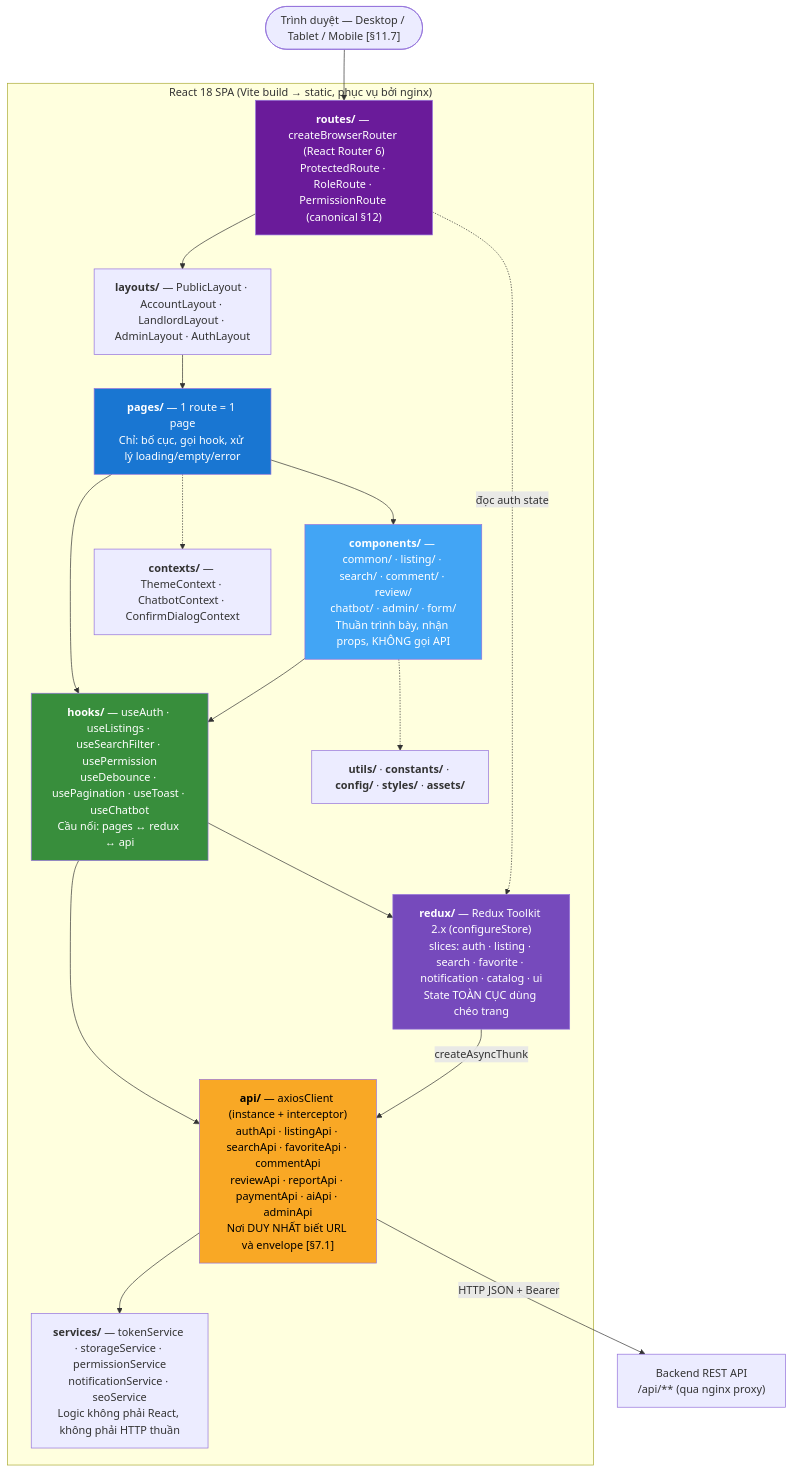
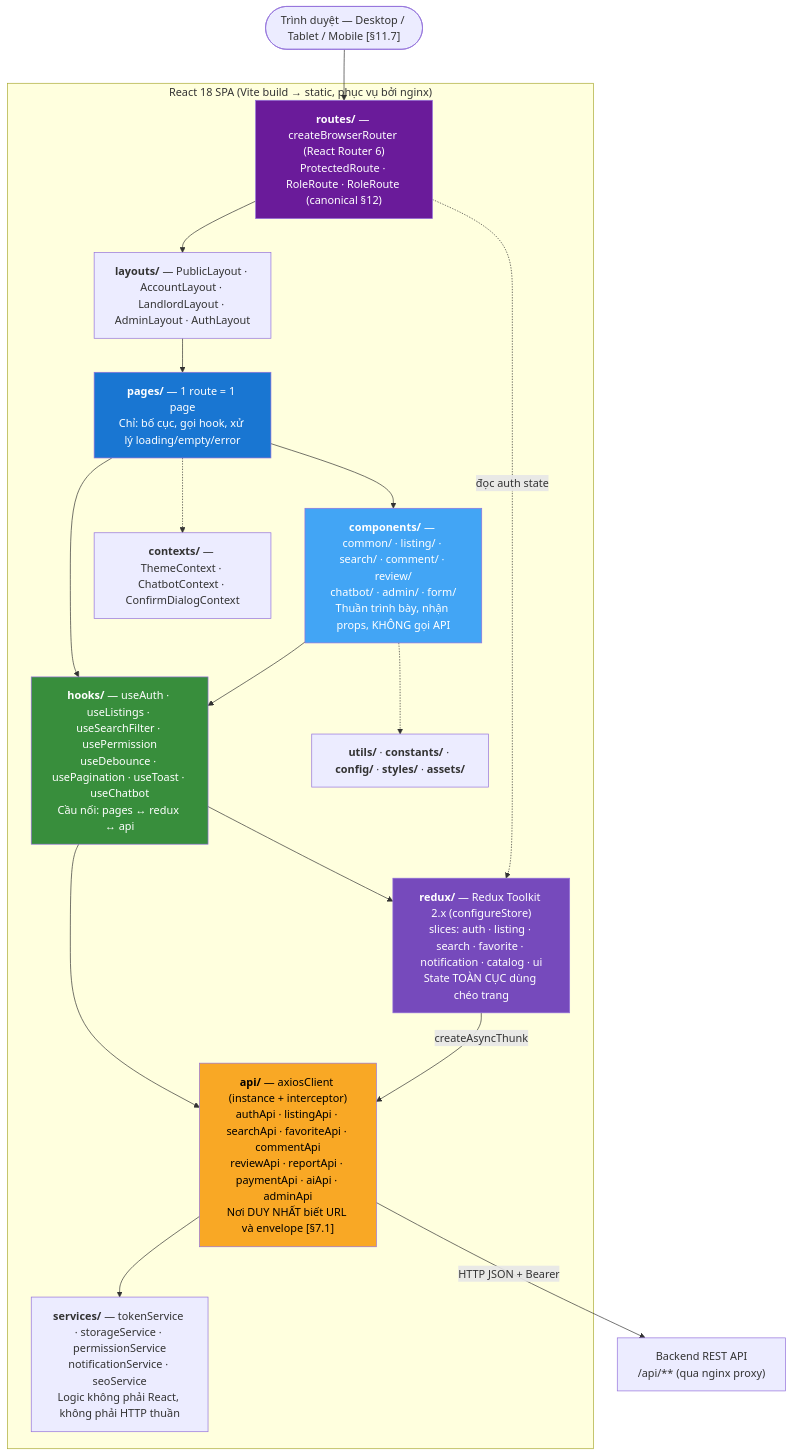
Before and after one commit to hoanxsyp/DoAnTotNghiep_Web: the seventh of 14 diagrams in DOANTOTNGHIEP/docs/01_KIEN_TRUC_HE_THONG.md, drawn with Mermaid. The commit also changed other lines of this file and 131 other files, not shown here.

````diff
--- a/DOANTOTNGHIEP/docs/01_KIEN_TRUC_HE_THONG.md
+++ b/DOANTOTNGHIEP/docs/01_KIEN_TRUC_HE_THONG.md
@@ -809,41 +813,41 @@
 ```mermaid
 graph TB
     BROWSER(["Trình duyệt — Desktop / Tablet / Mobile [§11.7]"])
 
     subgraph SPA["React 18 SPA (Vite build → static, phục vụ bởi nginx)"]
-        ROUTES["<b>routes/</b> — createBrowserRouter (React Router 6)<br/>ProtectedRoute · RoleRoute · PermissionRoute (canonical §12)"]
+        ROUTES["<b>routes/</b> — createBrowserRouter (React Router 6)<br/>ProtectedRoute · RoleRoute · RoleRoute (canonical §12)"]
         LAYOUTS["<b>layouts/</b> — PublicLayout · AccountLayout · LandlordLayout · AdminLayout · AuthLayout"]
         PAGES["<b>pages/</b> — 1 route = 1 page<br/>Chỉ: bố cục, gọi hook, xử lý loading/empty/error"]
         COMPS["<b>components/</b> — common/ · listing/ · search/ · comment/ · review/<br/>chatbot/ · admin/ · form/<br/>Thuần trình bày, nhận props, KHÔNG gọi API"]
         HOOKS["<b>hooks/</b> — useAuth · useListings · useSearchFilter · usePermission<br/>useDebounce · usePagination · useToast · useChatbot<br/>Cầu nối: pages ↔ redux ↔ api"]
         REDUX["<b>redux/</b> — Redux Toolkit 2.x (configureStore)<br/>slices: auth · listing · search · favorite · notification · catalog · ui<br/>State TOÀN CỤC dùng chéo trang"]
         API["<b>api/</b> — axiosClient (instance + interceptor)<br/>authApi · listingApi · searchApi · favoriteApi · commentApi<br/>reviewApi · reportApi · paymentApi · aiApi · adminApi<br/>Nơi DUY NHẤT biết URL và envelope [§7.1]"]
         SERVICES["<b>services/</b> — tokenService · storageService · permissionService<br/>notificationService · seoService<br/>Logic không phải React, không phải HTTP thuần"]
         CONTEXTS["<b>contexts/</b> — ThemeContext · ChatbotContext · ConfirmDialogContext"]
         UTILS["<b>utils/</b> · <b>constants/</b> · <b>config/</b> · <b>styles/</b> · <b>assets/</b>"]
     end
 
     BE["Backend REST API<br/>/api/** (qua nginx proxy)"]
 
     BROWSER --> ROUTES
     ROUTES --> LAYOUTS
     LAYOUTS --> PAGES
     PAGES --> COMPS
     PAGES --> HOOKS
     COMPS --> HOOKS
     HOOKS --> REDUX
     HOOKS --> API
     REDUX -->|createAsyncThunk| API
     API --> SERVICES
     API -->|HTTP JSON + Bearer| BE
     PAGES -.-> CONTEXTS
     COMPS -.-> UTILS
     ROUTES -.->|đọc auth state| REDUX
 
     style ROUTES fill:#6a1b9a,color:#fff
     style PAGES fill:#1976d2,color:#fff
     style COMPS fill:#42a5f5,color:#fff
     style HOOKS fill:#388e3c,color:#fff
     style REDUX fill:#764abc,color:#fff
     style API fill:#f9a825,color:#000
 ```
````
